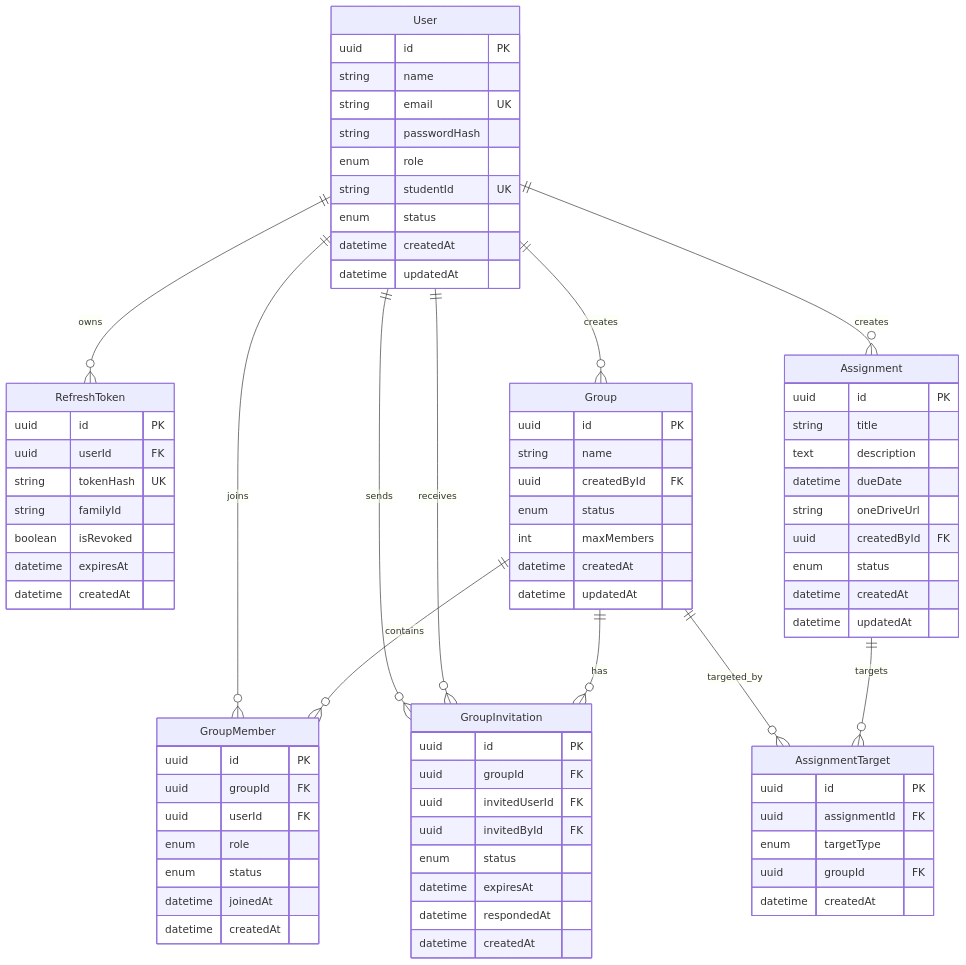
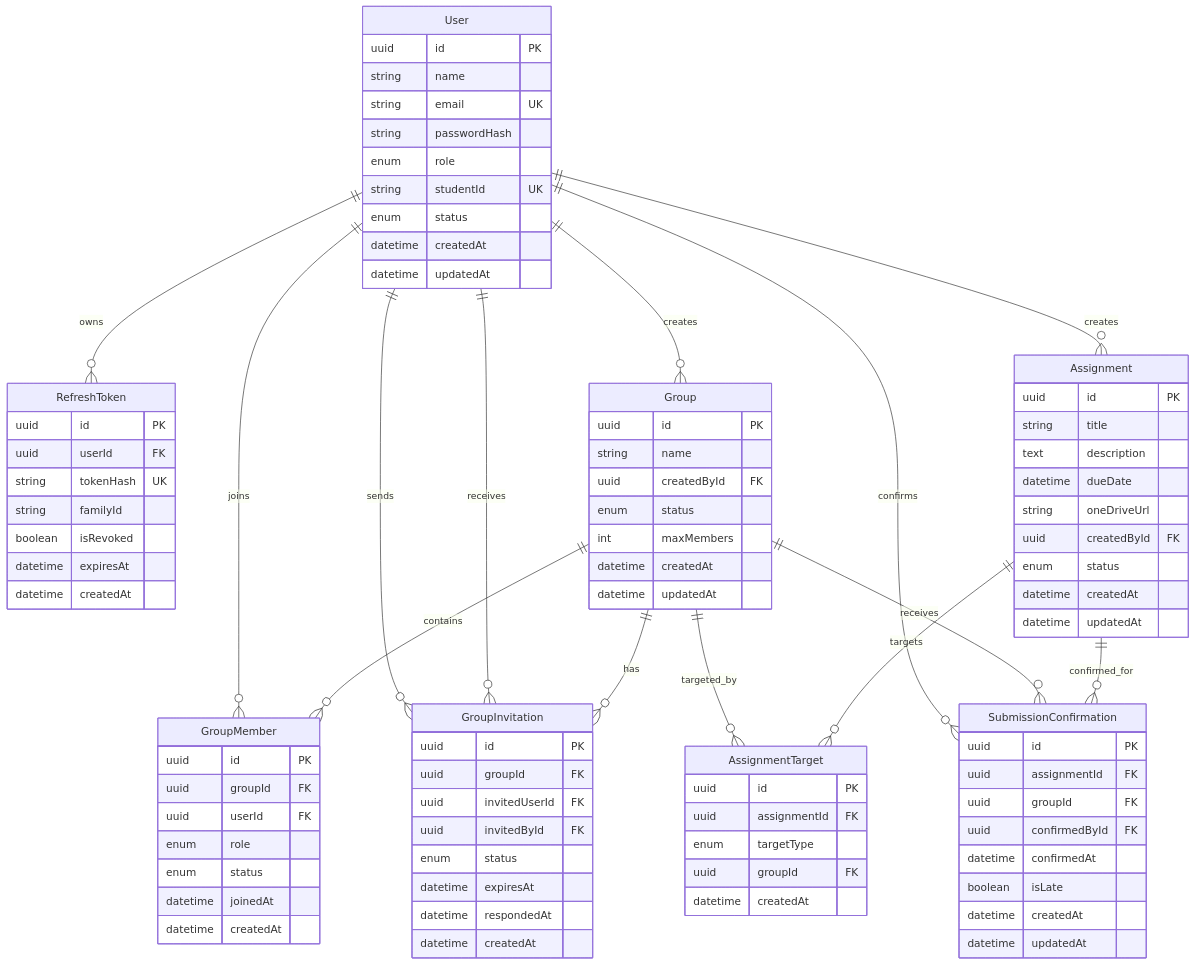
Before and after one commit to wiz0007/JoinEasy-Task: the diagram in docs/database.md, drawn with Mermaid. The commit also changed other lines of this file and 24 other files, not shown here.

````diff
--- a/docs/database.md
+++ b/docs/database.md
@@ -10,10 +10,13 @@
     User ||--o{ GroupInvitation : sends
     User ||--o{ GroupInvitation : receives
     User ||--o{ Assignment : creates
+    User ||--o{ SubmissionConfirmation : confirms
     Group ||--o{ GroupMember : contains
     Group ||--o{ GroupInvitation : has
     Group ||--o{ AssignmentTarget : targeted_by
+    Group ||--o{ SubmissionConfirmation : receives
     Assignment ||--o{ AssignmentTarget : targets
+    Assignment ||--o{ SubmissionConfirmation : confirmed_for
 
     User {
         uuid id PK
@@ -87,4 +90,15 @@
         uuid groupId FK
         datetime createdAt
     }
+
+    SubmissionConfirmation {
+        uuid id PK
+        uuid assignmentId FK
+        uuid groupId FK
+        uuid confirmedById FK
+        datetime confirmedAt
+        boolean isLate
+        datetime createdAt
+        datetime updatedAt
+    }
 ```
````
